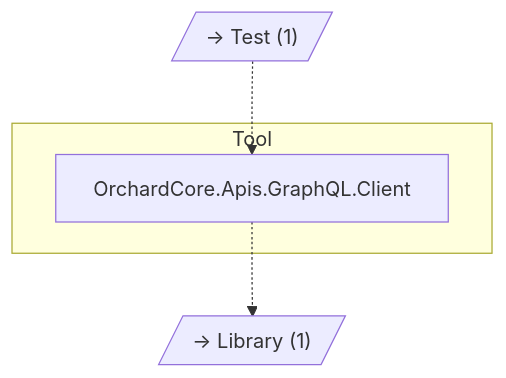
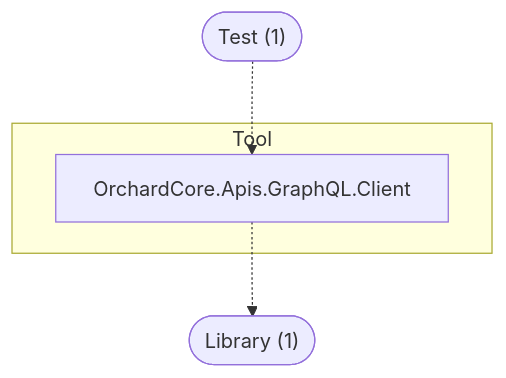
One commit to GanizaniSitara/tools-static-analysis changed the diagram in output-orchardcore/docs/diagrams/category-tool.mmd. Above: the diagram before and after it, drawn with Mermaid. The commit also changed 37 other files, not shown here.

First line of the commit message:
Fix Mermaid syntax error and add zoom controls to viewer

```diff
--- a/output-orchardcore/docs/diagrams/category-tool.mmd
+++ b/output-orchardcore/docs/diagrams/category-tool.mmd
@@ -1,8 +1,8 @@
 graph TD
     subgraph tool["Tool"]
         src_OrchardCore_Apis_GraphQL_Client["OrchardCore.Apis.GraphQL.Client"]
     end
-    ext_library[/"→ Library (1)"/]
-    ext_test[/"→ Test (1)"/]
+    ext_library(["Library (1)"])
+    ext_test(["Test (1)"])
     src_OrchardCore_Apis_GraphQL_Client -.-> ext_library
     ext_test -.-> src_OrchardCore_Apis_GraphQL_Client
```
